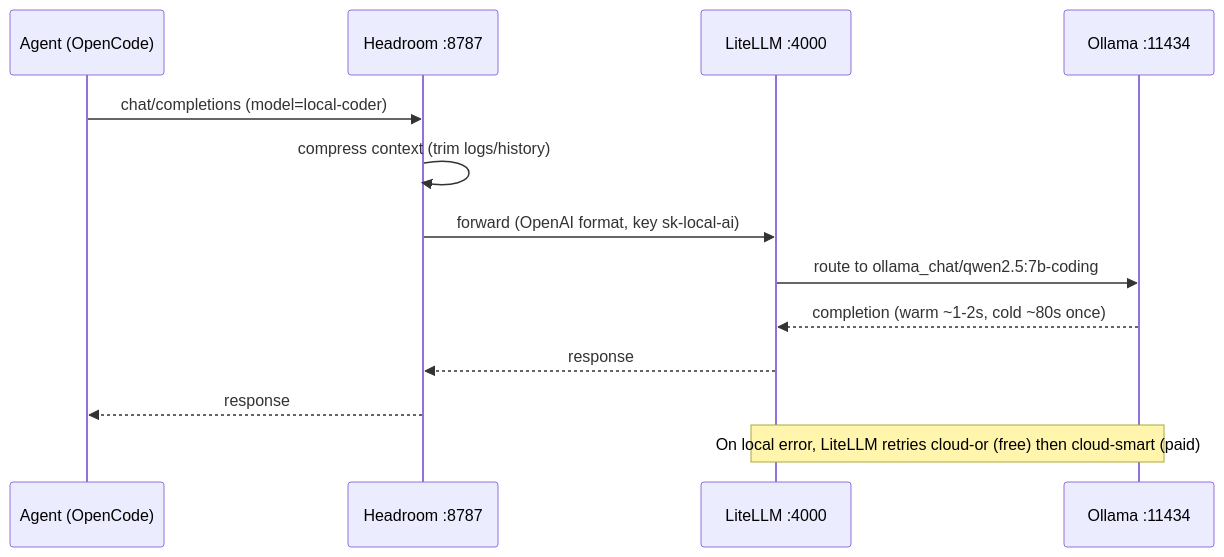
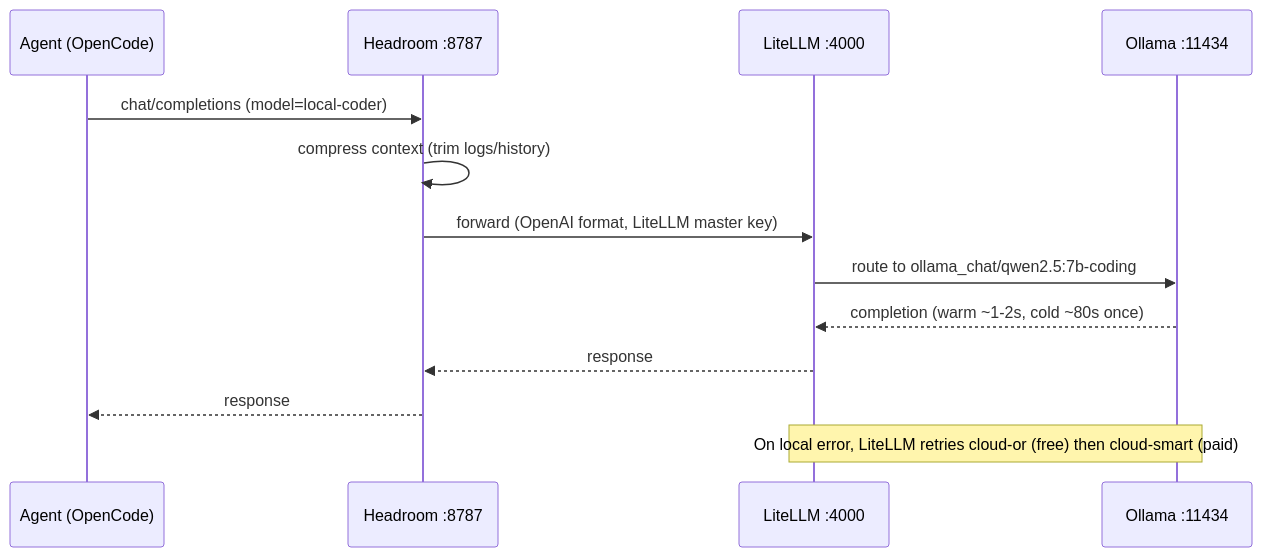
Before and after one commit to smithdavedesign/Github-HQ: the second of 5 diagrams in docs/ai-stack/architecture.md, drawn with Mermaid. The commit also changed 13 other files, not shown here.

````diff
--- a/docs/ai-stack/architecture.md
+++ b/docs/ai-stack/architecture.md
@@ -57,15 +57,15 @@
 ```mermaid
 sequenceDiagram
     participant A as Agent (OpenCode)
     participant H as Headroom :8787
     participant L as LiteLLM :4000
     participant O as Ollama :11434
     A->>H: chat/completions (model=local-coder)
     H->>H: compress context (trim logs/history)
-    H->>L: forward (OpenAI format, key sk-local-ai)
+    H->>L: forward (OpenAI format, LiteLLM master key)
     L->>O: route to ollama_chat/qwen2.5:7b-coding
     O-->>L: completion (warm ~1-2s, cold ~80s once)
     L-->>H: response
     H-->>A: response
     Note over L,O: On local error, LiteLLM retries cloud-or (free) then cloud-smart (paid)
 ```
````
